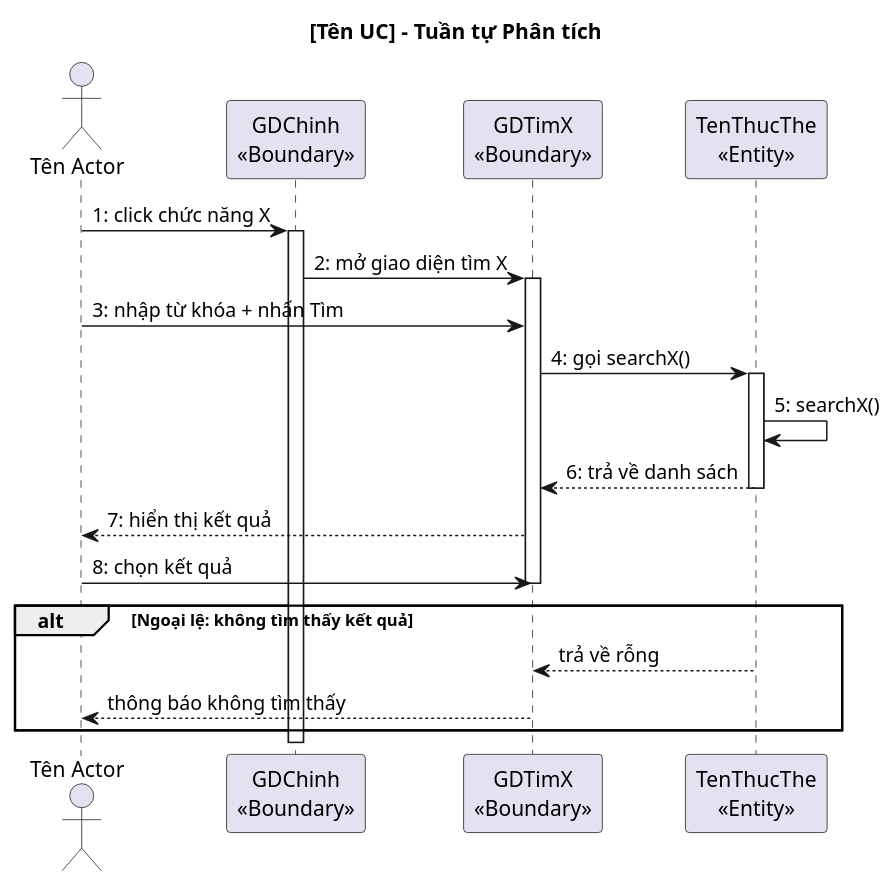
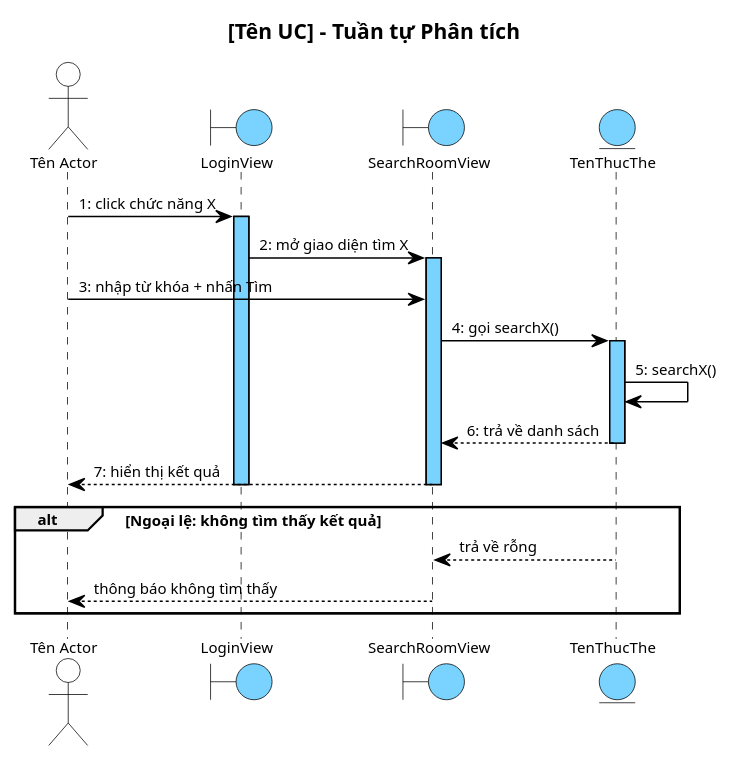
The diagram in .claude/skills/cnpm/references/ii.4_tuantu_phantich.md (thanhtrnnn/cnpm), drawn with PlantUML before and after one commit. The commit also changed other lines of this file and 12 other files, not shown here.

First line of the commit message:
feat: React MVC naming conventions + PlantUML theme Arial + UC rules

````diff
--- a/.claude/skills/cnpm/references/ii.4_tuantu_phantich.md
+++ b/.claude/skills/cnpm/references/ii.4_tuantu_phantich.md
@@ -45,29 +45,80 @@
 ```plantuml
 @startuml
+' --- Layout & Spacing Skinparams ---
+skinparam shadowing false
+skinparam SequenceMessageAlign left
+
+skinparam SequenceLifeLineBackgroundColor #7AD2FF
+skinparam SequenceLifeLineBorderColor #000000
+
+<style>
+sequenceDiagram {
+  Shadowing 0
+  RoundCorner 0
+  FontName "Arial"
+  FontSize 10
+  FontColor #000000
+
+  participant {
+    BackgroundColor #7AD2FF
+    LineColor #000000
+    LineThickness 1
+  }
+
+  actor {
+    BackgroundColor transparent
+    LineColor #000000
+  }
+  boundary {
+    BackgroundColor #7AD2FF
+    LineColor #000000
+  }
+  control {
+    BackgroundColor #7AD2FF
+    LineColor #000000
+  }
+  entity {
+    BackgroundColor #7AD2FF
+    LineColor #000000
+  }
+
+  lifeline {
+    LineColor #000000
+    LineStyle 5-5
+  }
+
+  arrow {
+    LineColor #000000
+    LineThickness 1
+    FontSize 10
+  }
+}
+</style>
+
 title [Tên UC] – Tuần tự Phân tích
 
 actor "Tên Actor" as Actor
-participant "GDChinh\n<<Boundary>>" as B0
-participant "GDTimX\n<<Boundary>>" as B1
-participant "TenThucThe\n<<Entity>>" as E
+boundary LoginView
+boundary SearchRoomView
+entity TenThucThe
 
-Actor -> B0 : 1: click chức năng X
-activate B0
-B0 -> B1 : 2: mở giao diện tìm X
-activate B1
-Actor -> B1 : 3: nhập từ khóa + nhấn Tìm
-B1 -> E : 4: gọi searchX()
-activate E
-E -> E : 5: searchX()
-E --> B1 : 6: trả về danh sách
-deactivate E
-B1 --> Actor : 7: hiển thị kết quả
-Actor -> B1 : 8: chọn kết quả
-deactivate B1
+Actor -> LoginView : 1: click chức năng X
+activate LoginView
+LoginView -> SearchRoomView : 2: mở giao diện tìm X
+activate SearchRoomView
+Actor -> SearchRoomView : 3: nhập từ khóa + nhấn Tìm
+SearchRoomView -> TenThucThe : 4: gọi searchX()
+activate TenThucThe
+TenThucThe -> TenThucThe : 5: searchX()
+TenThucThe --> SearchRoomView : 6: trả về danh sách
+deactivate TenThucThe
+SearchRoomView --> Actor : 7: hiển thị kết quả
+deactivate SearchRoomView
+deactivate LoginView
 
 alt Ngoại lệ: không tìm thấy kết quả
-  E --> B1 : trả về rỗng
-  B1 --> Actor : thông báo không tìm thấy
+  TenThucThe --> SearchRoomView : trả về rỗng
+  SearchRoomView --> Actor : thông báo không tìm thấy
 end
 @enduml
 ```
````
